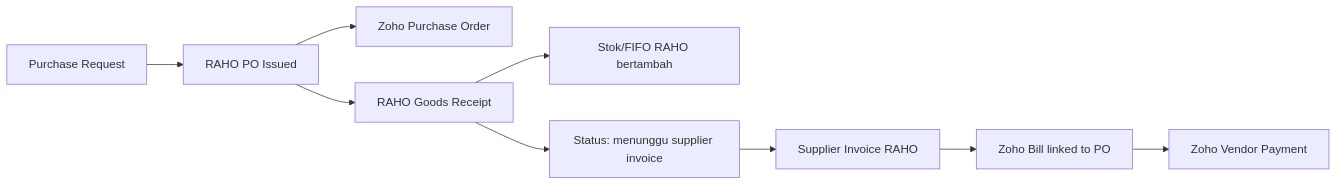
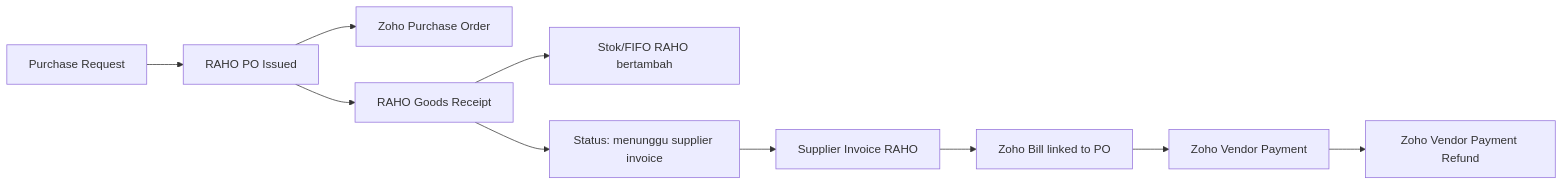
Before and after one commit to TatangSteam/RAHO_APPS: the sixth of 7 diagrams in docs/updatelogisticnFinnance/DEVELOPMENT_FLOW_INTEGRASI_FINANCE_LOGISTIK_ZOHO.md, drawn with Mermaid. The commit also changed other lines of this file and 68 other files, not shown here.

````diff
--- a/docs/updatelogisticnFinnance/DEVELOPMENT_FLOW_INTEGRASI_FINANCE_LOGISTIK_ZOHO.md
+++ b/docs/updatelogisticnFinnance/DEVELOPMENT_FLOW_INTEGRASI_FINANCE_LOGISTIK_ZOHO.md
@@ -706,11 +707,12 @@
 ```mermaid
 flowchart LR
     PR[Purchase Request] --> PO[RAHO PO Issued]
     PO --> ZPO[Zoho Purchase Order]
     PO --> GR[RAHO Goods Receipt]
     GR --> LOCAL[Stok/FIFO RAHO bertambah]
     GR --> WAIT[Status: menunggu supplier invoice]
     WAIT --> BILL[Supplier Invoice RAHO]
     BILL --> ZBILL[Zoho Bill linked to PO]
     ZBILL --> PAY[Zoho Vendor Payment]
+    PAY --> REFUND[Zoho Vendor Payment Refund]
 ```
````
